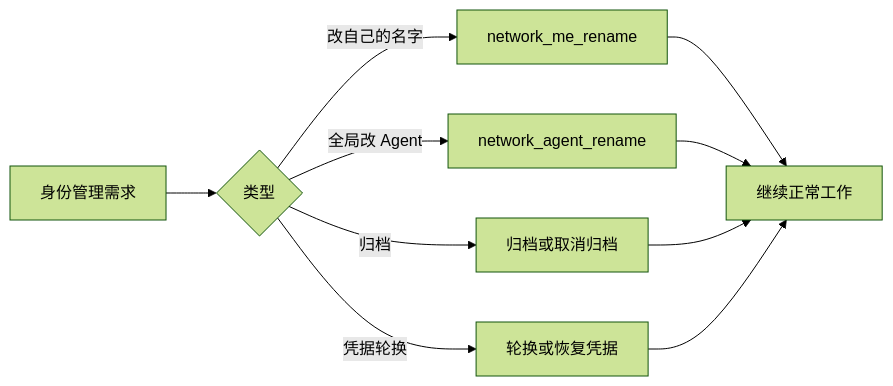
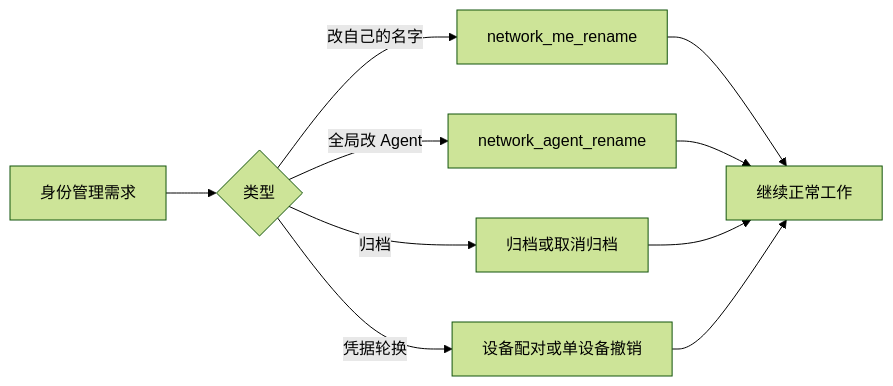
Before and after one commit to KonghaYao/agent-network: diagram 11 of 14 in public/skills/agent-network-skills.md, drawn with Mermaid (forest theme). The commit also changed other lines of this file and 40 other files, not shown here.

````diff
--- a/public/skills/agent-network-skills.md
+++ b/public/skills/agent-network-skills.md
@@ -418,12 +418,12 @@
 ```mermaid
 flowchart LR
     A["身份管理需求"] --> B{"类型"}
     B -- 改自己的名字 --> C["network_me_rename"]
     B -- 全局改 Agent --> D["network_agent_rename"]
     B -- 归档 --> E["归档或取消归档"]
-    B -- 凭据轮换 --> F["轮换或恢复凭据"]
+    B -- 凭据轮换 --> F["设备配对或单设备撤销"]
     C --> G["继续正常工作"]
     D --> G
     E --> G
     F --> G
 ```
````
